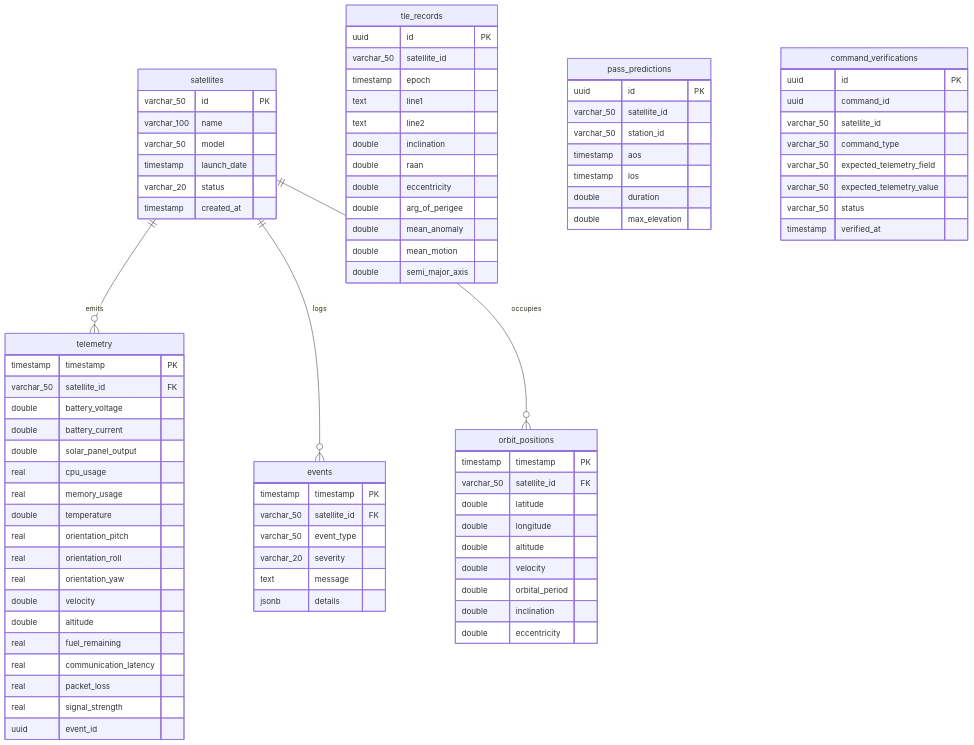
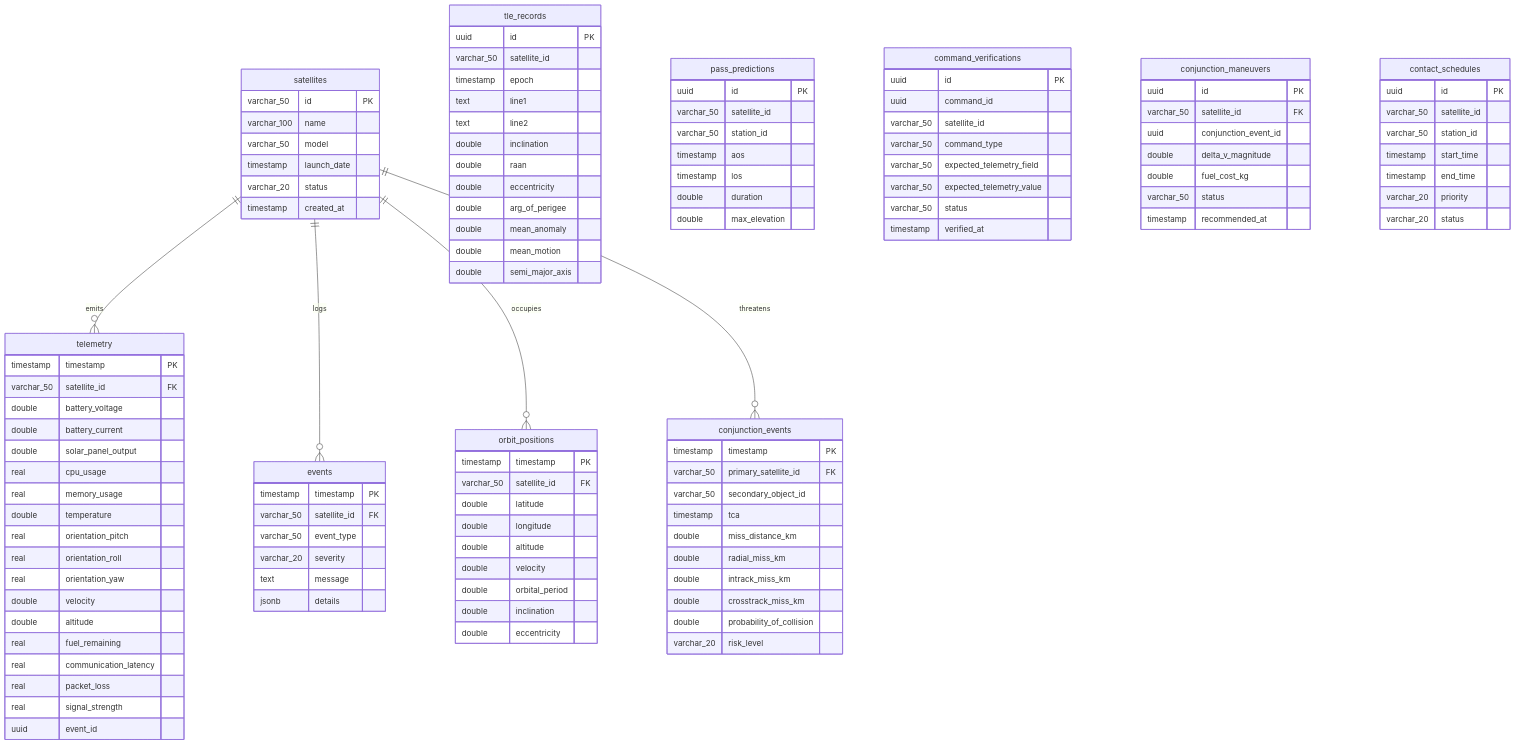
The diagram in docs/design/database_design.md (sarkarbikram90/OrbitLogs), drawn with Mermaid before and after one commit. The commit also changed other lines of this file and 18 other files, not shown here.

````diff
--- a/docs/design/database_design.md
+++ b/docs/design/database_design.md
@@ -95,4 +95,38 @@
     satellites ||--o{ telemetry : "emits"
     satellites ||--o{ events : "logs"
     satellites ||--o{ orbit_positions : "occupies"
+    satellites ||--o{ conjunction_events : "threatens"
+
+    conjunction_events {
+        timestamp timestamp PK
+        varchar_50 primary_satellite_id FK
+        varchar_50 secondary_object_id
+        timestamp tca
+        double miss_distance_km
+        double radial_miss_km
+        double intrack_miss_km
+        double crosstrack_miss_km
+        double probability_of_collision
+        varchar_20 risk_level
+    }
+
+    conjunction_maneuvers {
+        uuid id PK
+        varchar_50 satellite_id FK
+        uuid conjunction_event_id
+        double delta_v_magnitude
+        double fuel_cost_kg
+        varchar_50 status
+        timestamp recommended_at
+    }
+
+    contact_schedules {
+        uuid id PK
+        varchar_50 satellite_id
+        varchar_50 station_id
+        timestamp start_time
+        timestamp end_time
+        varchar_20 priority
+        varchar_20 status
+    }
 ```
````
